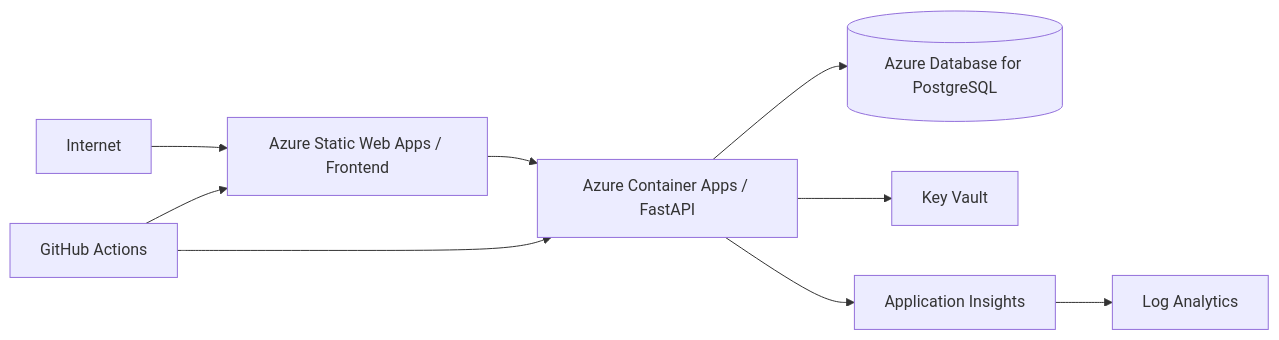
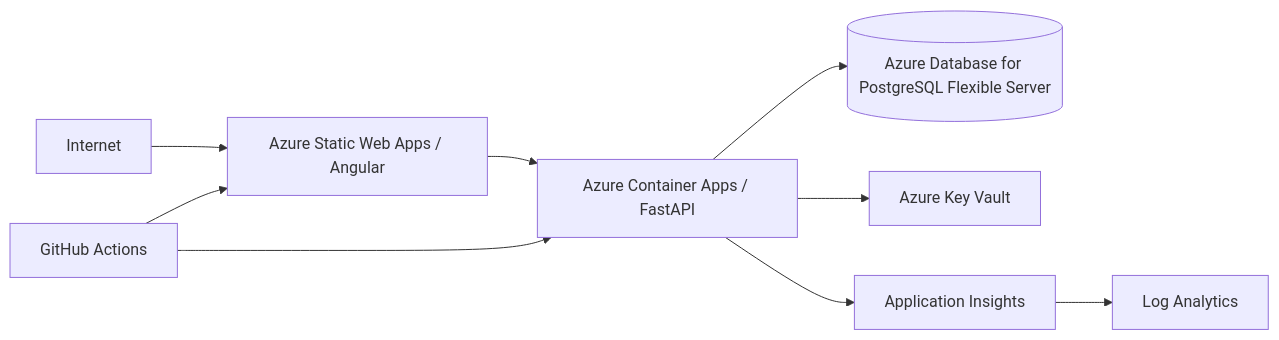
The diagram in docs/10-DEVOPS-AZURE.md (MSsanto/P0-NOC-Flow-Cloud-v2-), drawn with Mermaid before and after one commit. The commit also changed other lines of this file, not shown here.

````diff
--- a/docs/10-DEVOPS-AZURE.md
+++ b/docs/10-DEVOPS-AZURE.md
@@ -17,11 +27,11 @@
 ```mermaid
 flowchart LR
-    Internet --> SWA[Azure Static Web Apps / Frontend]
+    Internet --> SWA[Azure Static Web Apps / Angular]
     SWA --> ACA[Azure Container Apps / FastAPI]
-    ACA --> PG[(Azure Database for PostgreSQL)]
-    ACA --> KV[Key Vault]
+    ACA --> PG[(Azure Database for PostgreSQL Flexible Server)]
+    ACA --> KV[Azure Key Vault]
     ACA --> AI[Application Insights]
     AI --> LAW[Log Analytics]
     GHA[GitHub Actions] --> SWA
     GHA --> ACA
 ```
````
